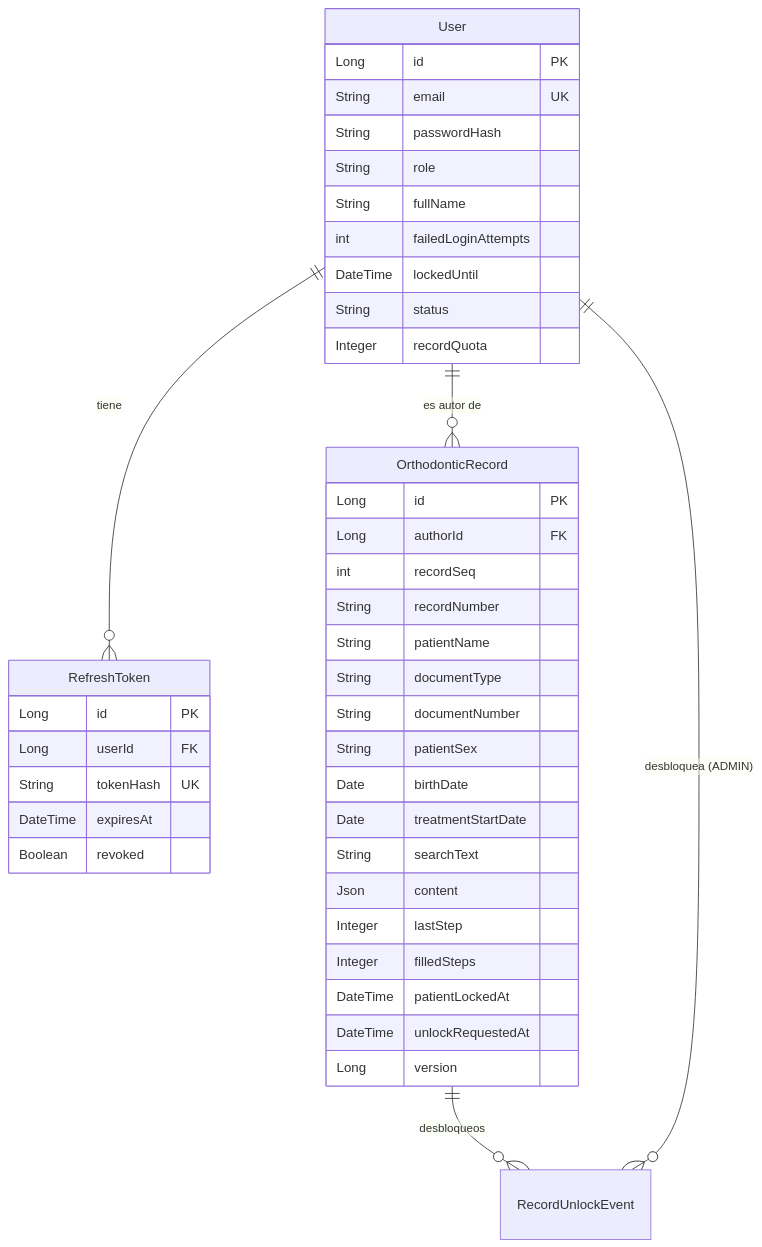
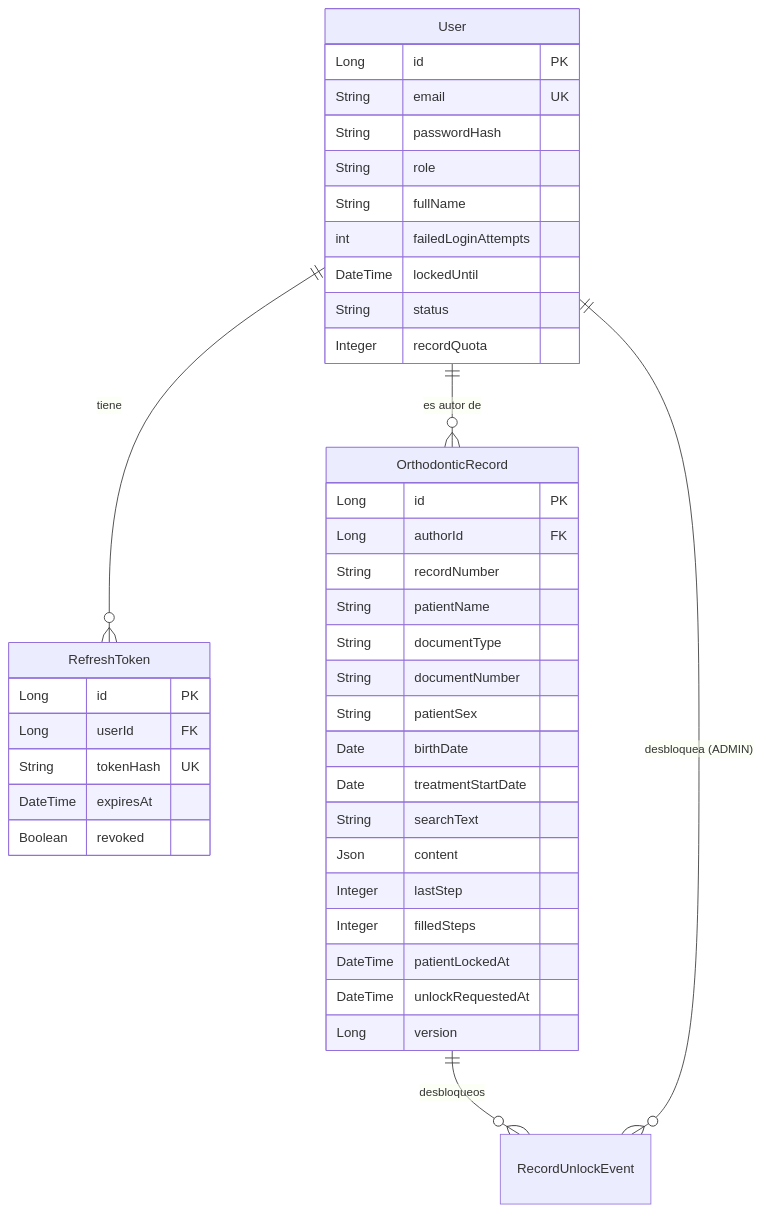
One commit to Davico84/HSOFACOP changed the diagram in docs/domain.md. Above: the diagram before and after it, drawn with Mermaid. The commit also changed other lines of this file and 1 other file, not shown here.

````diff
--- a/docs/domain.md
+++ b/docs/domain.md
@@ -108,45 +109,44 @@
 ```mermaid
 erDiagram
     User ||--o{ RefreshToken : "tiene"
     User ||--o{ OrthodonticRecord : "es autor de"
     OrthodonticRecord ||--o{ RecordUnlockEvent : "desbloqueos"
     User ||--o{ RecordUnlockEvent : "desbloquea (ADMIN)"
 
     User {
         Long id PK
         String email UK
         String passwordHash
         String role
         String fullName
         int failedLoginAttempts
         DateTime lockedUntil
         String status
         Integer recordQuota
     }
     RefreshToken {
         Long id PK
         Long userId FK
         String tokenHash UK
         DateTime expiresAt
         Boolean revoked
     }
     OrthodonticRecord {
         Long id PK
         Long authorId FK
-        int recordSeq
         String recordNumber
         String patientName
         String documentType
         String documentNumber
         String patientSex
         Date birthDate
         Date treatmentStartDate
         String searchText
         Json content
         Integer lastStep
         Integer filledSteps
         DateTime patientLockedAt
         DateTime unlockRequestedAt
         Long version
     }
 ```
````
